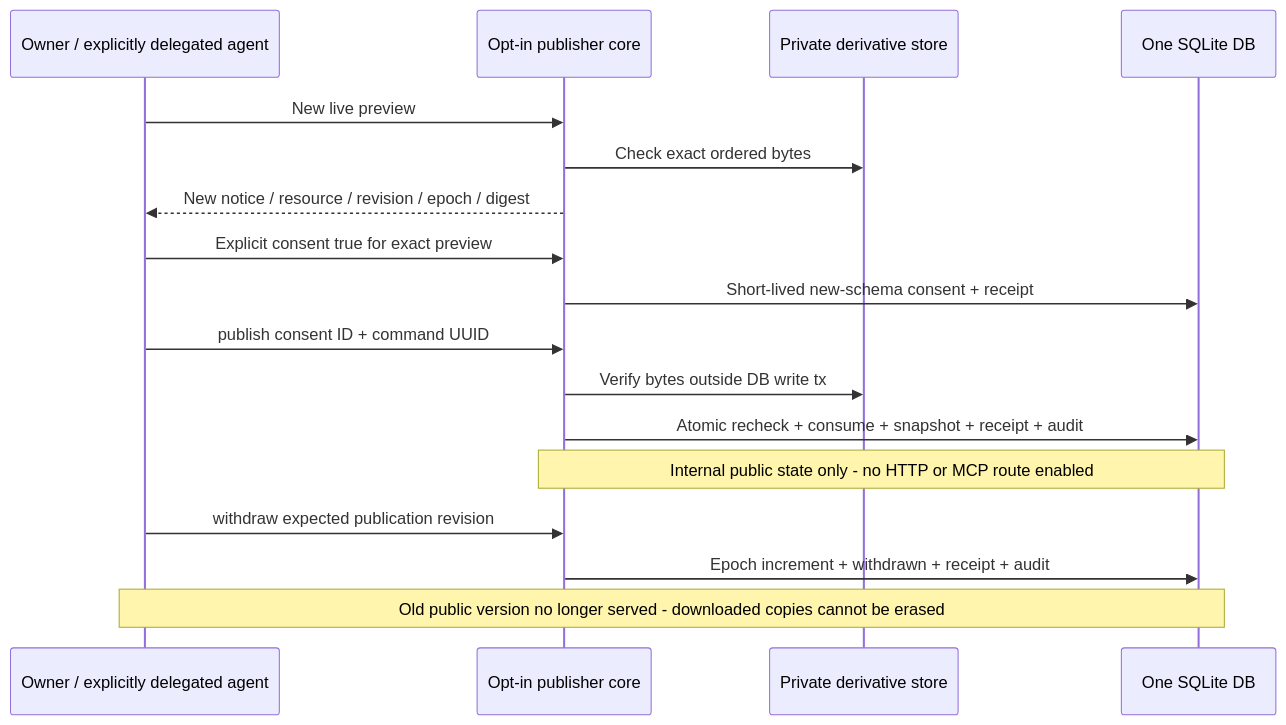
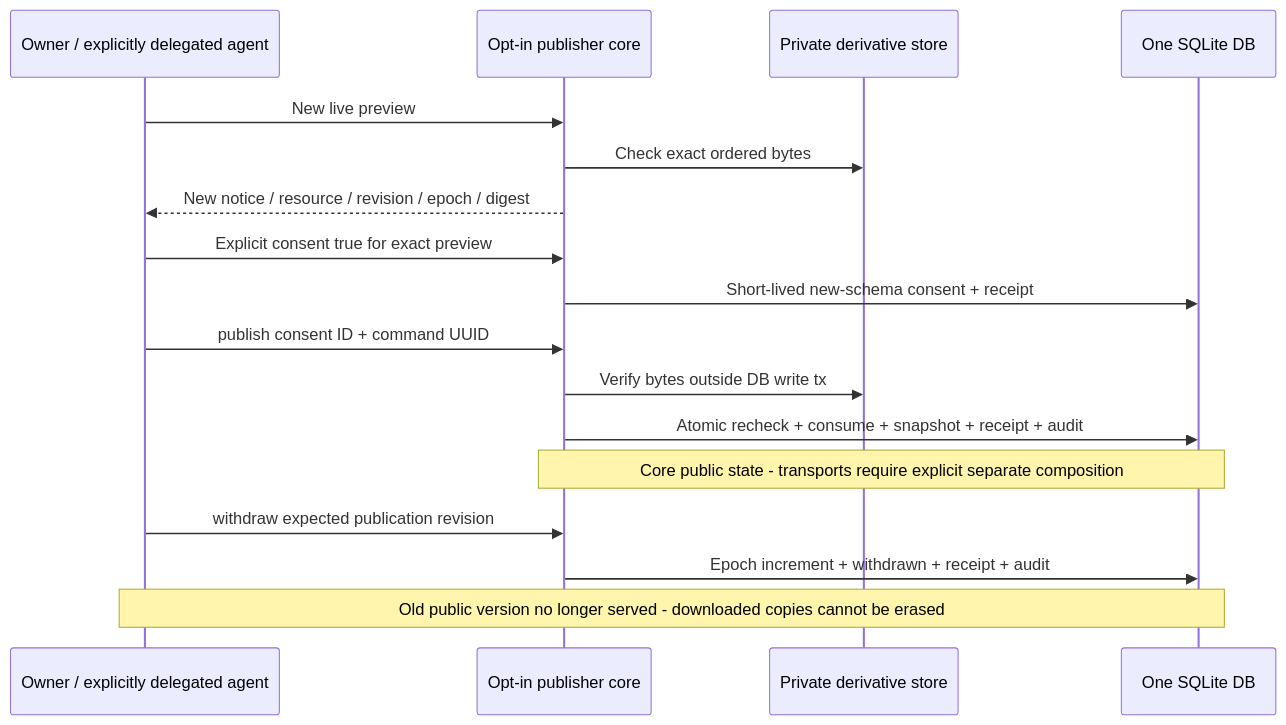
One commit to LeonidYasin/mcp-rooms changed the diagram in docs/live-publication.md. Above: the diagram before and after it, drawn with Mermaid. The commit also changed other lines of this file and 3 other files, not shown here.

Commit message:
docs: align current publication contract and graph with F1 acceptance

````diff
--- a/docs/live-publication.md
+++ b/docs/live-publication.md
@@ -96,19 +103,19 @@
 ```mermaid
 sequenceDiagram
   participant O as Owner / explicitly delegated agent
   participant P as Opt-in publisher core
   participant F as Private derivative store
   participant D as One SQLite DB
   O->>P: New live preview
   P->>F: Check exact ordered bytes
   P-->>O: New notice / resource / revision / epoch / digest
   O->>P: Explicit consent true for exact preview
   P->>D: Short-lived new-schema consent + receipt
   O->>P: publish consent ID + command UUID
   P->>F: Verify bytes outside DB write tx
   P->>D: Atomic recheck + consume + snapshot + receipt + audit
-  Note over P,D: Internal public state only - no HTTP or MCP route enabled
+  Note over P,D: Core public state - transports require explicit separate composition
   O->>P: withdraw expected publication revision
   P->>D: Epoch increment + withdrawn + receipt + audit
   Note over O,D: Old public version no longer served - downloaded copies cannot be erased
 ```
````
